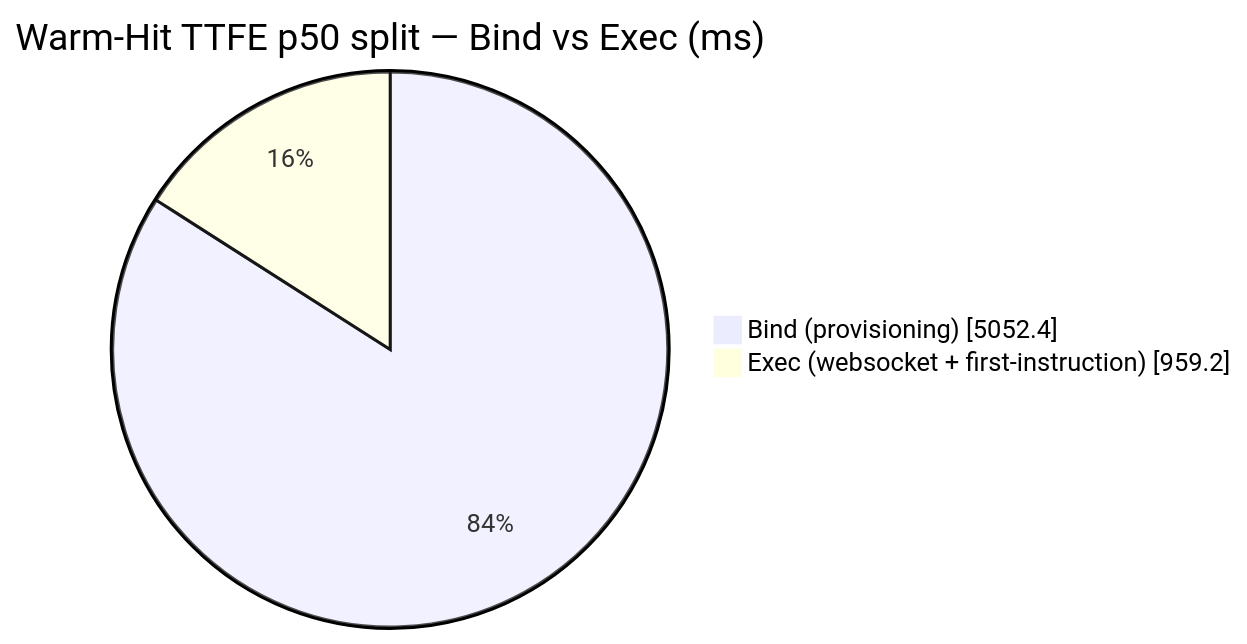
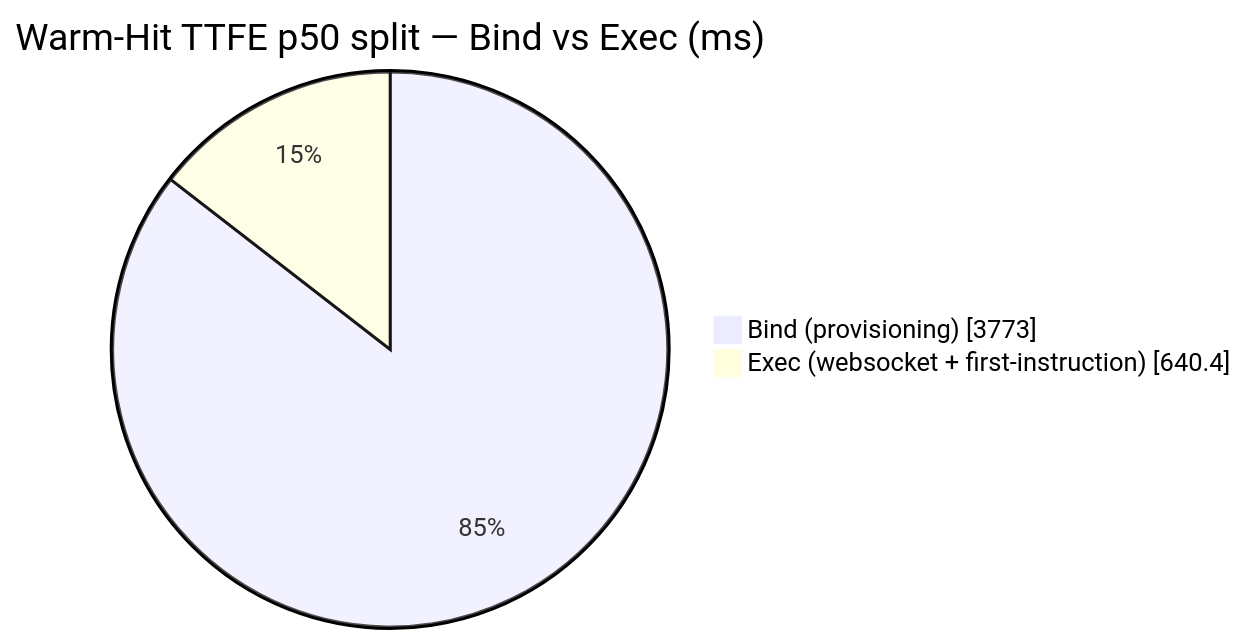
The diagram in DETAILS.md (AlexBulankou/honest-bench), drawn with Mermaid before and after one commit. The commit also changed other lines of this file and 5 other files, not shown here.

````diff
--- a/DETAILS.md
+++ b/DETAILS.md
@@ -131,6 +132,6 @@
 ```mermaid
 pie showData
     title Warm-Hit TTFE p50 split — Bind vs Exec (ms)
-    "Bind (provisioning)" : 5052.4
-    "Exec (websocket + first-instruction)" : 959.2
+    "Bind (provisioning)" : 3773.0
+    "Exec (websocket + first-instruction)" : 640.4
 ```
````
